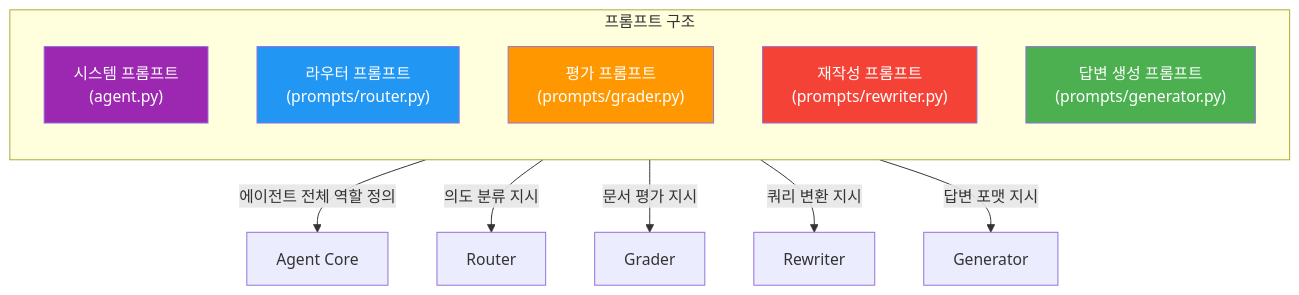
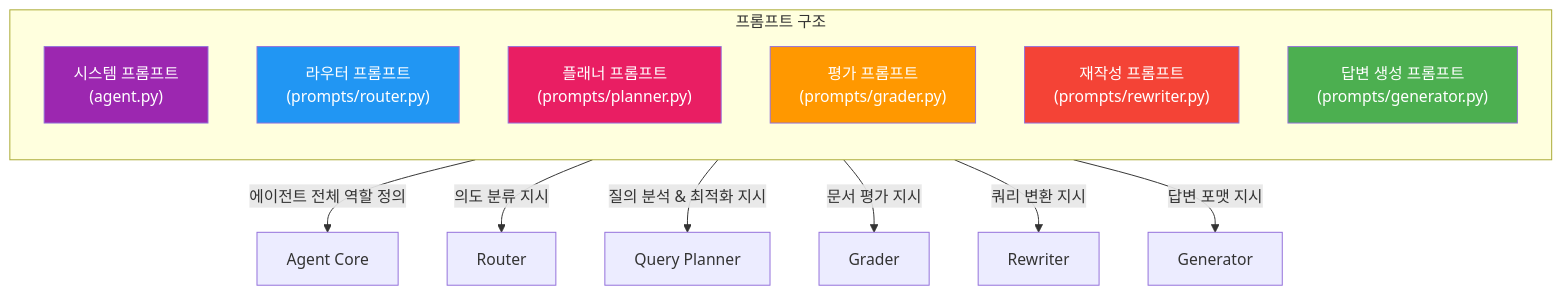
One commit to laurus-kpa007/agentic-rag-bot changed diagram 11 of 12 in docs/architecture.md. Above: the diagram before and after it, drawn with Mermaid. The commit also changed other lines of this file and 4 other files, not shown here.

First line of the commit message:
docs: Query Planner(Phase 2.5)와 Human in the Loop(Phase 4) 설계 추가

````diff
--- a/docs/architecture.md
+++ b/docs/architecture.md
@@ -351,24 +440,27 @@
 ```mermaid
 graph TD
     subgraph "프롬프트 구조"
         direction TB
 
         SysPrompt["시스템 프롬프트<br/>(agent.py)"]
         RouterPrompt["라우터 프롬프트<br/>(prompts/router.py)"]
+        PlannerPrompt["플래너 프롬프트<br/>(prompts/planner.py)"]
         GraderPrompt["평가 프롬프트<br/>(prompts/grader.py)"]
         RewriterPrompt["재작성 프롬프트<br/>(prompts/rewriter.py)"]
         GeneratorPrompt["답변 생성 프롬프트<br/>(prompts/generator.py)"]
     end
 
     SysPrompt -->|"에이전트 전체 역할 정의"| Agent["Agent Core"]
     RouterPrompt -->|"의도 분류 지시"| Router["Router"]
+    PlannerPrompt -->|"질의 분석 & 최적화 지시"| Planner["Query Planner"]
     GraderPrompt -->|"문서 평가 지시"| Grader["Grader"]
     RewriterPrompt -->|"쿼리 변환 지시"| Rewriter["Rewriter"]
     GeneratorPrompt -->|"답변 포맷 지시"| Generator["Generator"]
 
     style SysPrompt fill:#9C27B0,color:#fff
     style RouterPrompt fill:#2196F3,color:#fff
+    style PlannerPrompt fill:#E91E63,color:#fff
     style GraderPrompt fill:#FF9800,color:#fff
     style RewriterPrompt fill:#F44336,color:#fff
     style GeneratorPrompt fill:#4CAF50,color:#fff
 ```
````
